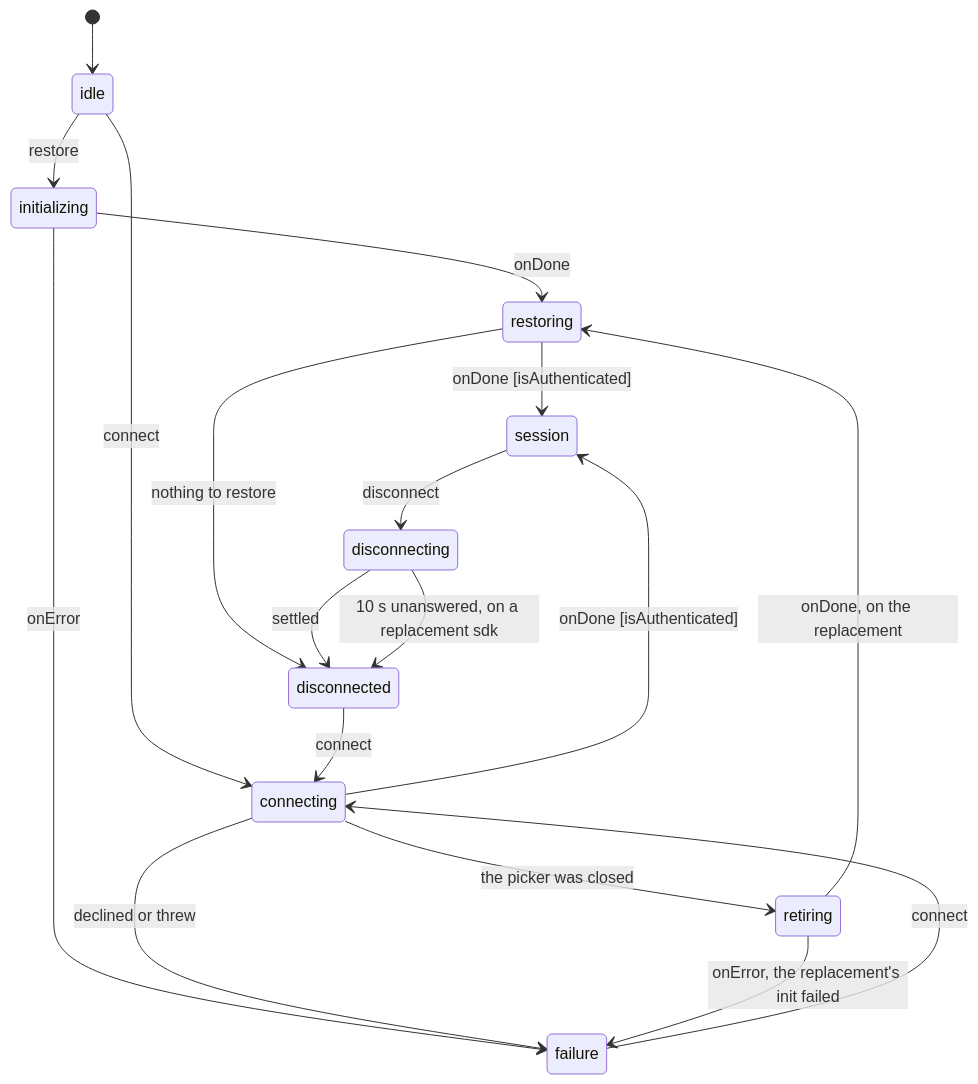
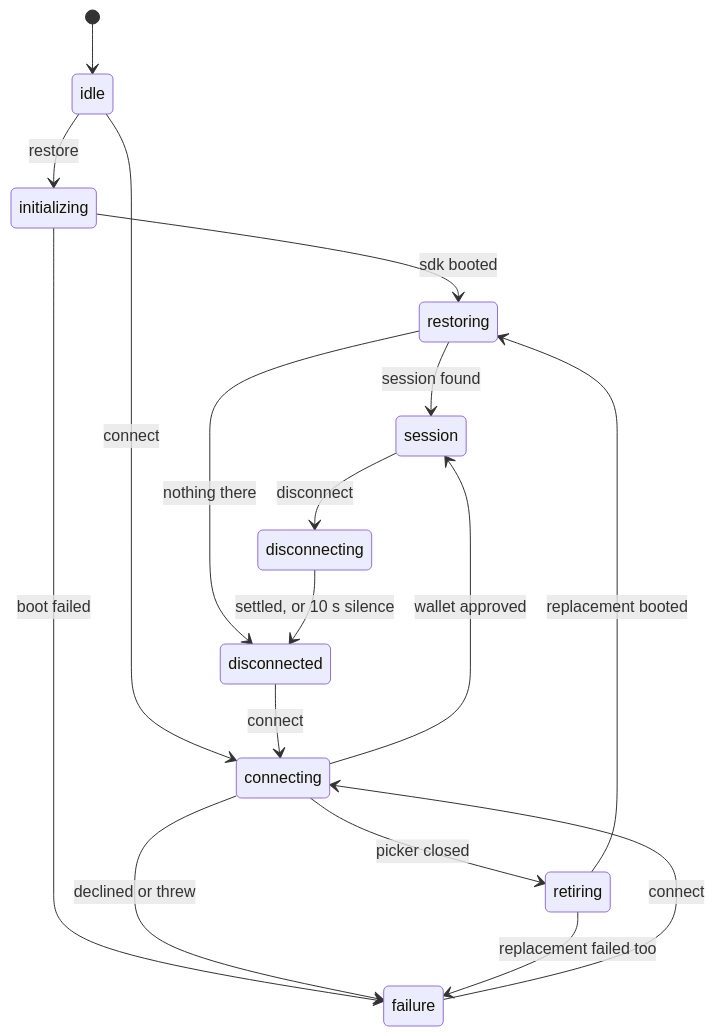
The first of 2 diagrams in canton-connect/architecture/connection-machine.md (BootNodeDev/canton-dappbooster), drawn with Mermaid before and after one commit. The commit also changed other lines of this file and 1 other file, not shown here.

````diff
--- a/canton-connect/architecture/connection-machine.md
+++ b/canton-connect/architecture/connection-machine.md
@@ -9,20 +10,19 @@
 ```mermaid
 stateDiagram-v2
     [*] --> idle
     idle --> initializing: restore
-    initializing --> restoring: onDone
-    initializing --> failure: onError
-    restoring --> session: onDone [isAuthenticated]
-    restoring --> disconnected: nothing to restore
+    initializing --> restoring: sdk booted
+    initializing --> failure: boot failed
+    restoring --> session: session found
+    restoring --> disconnected: nothing there
     idle --> connecting: connect
     disconnected --> connecting: connect
     failure --> connecting: connect
-    connecting --> session: onDone [isAuthenticated]
+    connecting --> session: wallet approved
     connecting --> failure: declined or threw
-    connecting --> retiring: the picker was closed
-    retiring --> restoring: onDone, on the replacement
-    retiring --> failure: onError, the replacement's init failed
+    connecting --> retiring: picker closed
+    retiring --> restoring: replacement booted
+    retiring --> failure: replacement failed too
     session --> disconnecting: disconnect
-    disconnecting --> disconnected: settled
-    disconnecting --> disconnected: 10 s unanswered, on a replacement sdk
+    disconnecting --> disconnected: settled, or 10 s silence
 ```
````
